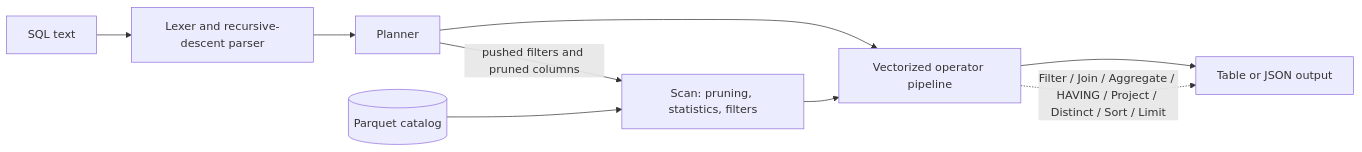
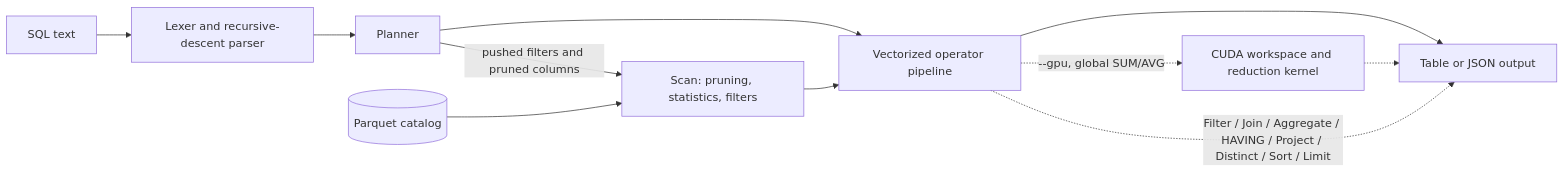
Before and after one commit to abiralpokhrel-learns/query-engine: the diagram in README.md, drawn with Mermaid. The commit also changed other lines of this file and 3 other files, not shown here.

````diff
--- a/README.md
+++ b/README.md
@@ -103,11 +131,13 @@
 ```mermaid
 flowchart LR
   SQL[SQL text] --> Parser[Lexer and recursive-descent parser]
   Parser --> Planner[Planner]
   Planner --> Operators[Vectorized operator pipeline]
   Catalog[(Parquet catalog)] --> Scan[Scan: pruning, statistics, filters]
   Planner -->|pushed filters and pruned columns| Scan
   Scan --> Operators
   Operators --> Result[Table or JSON output]
+  Operators -.->|--gpu, global SUM/AVG| GPU[CUDA workspace and reduction kernel]
+  GPU -.-> Result
   Operators -.->|Filter / Join / Aggregate / HAVING / Project / Distinct / Sort / Limit| Result
 ```
````
